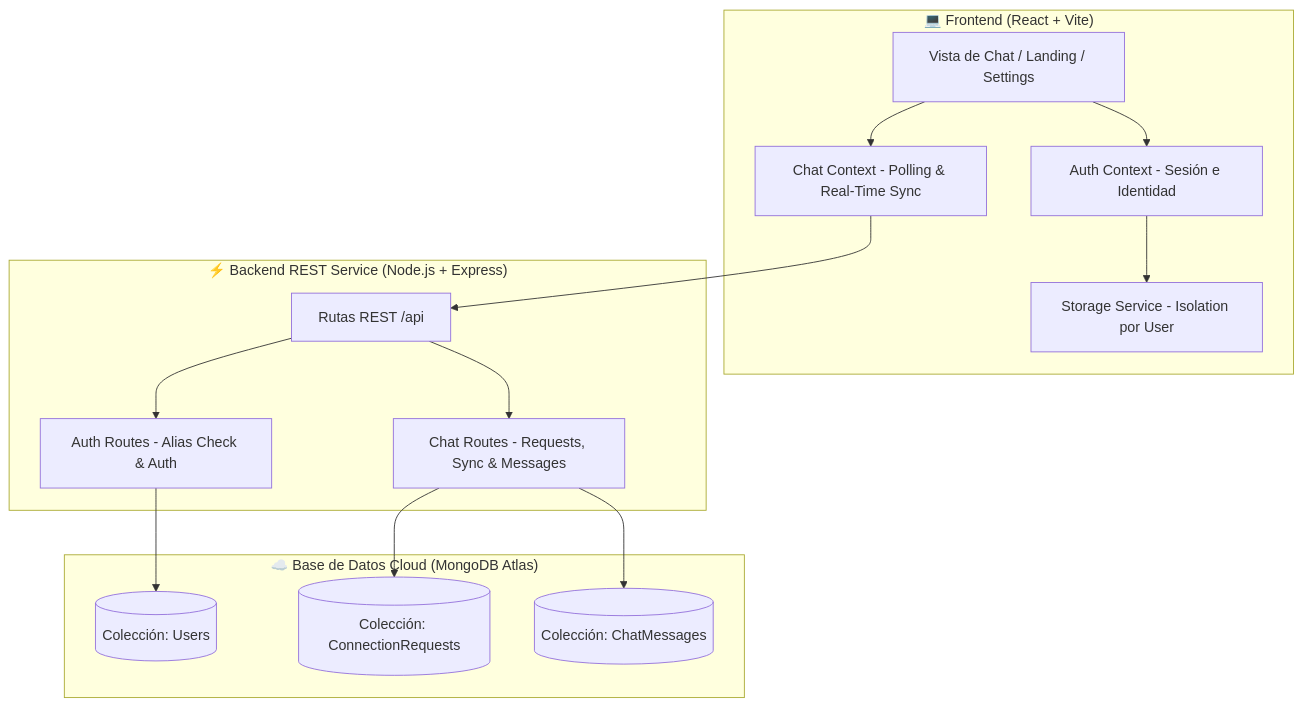
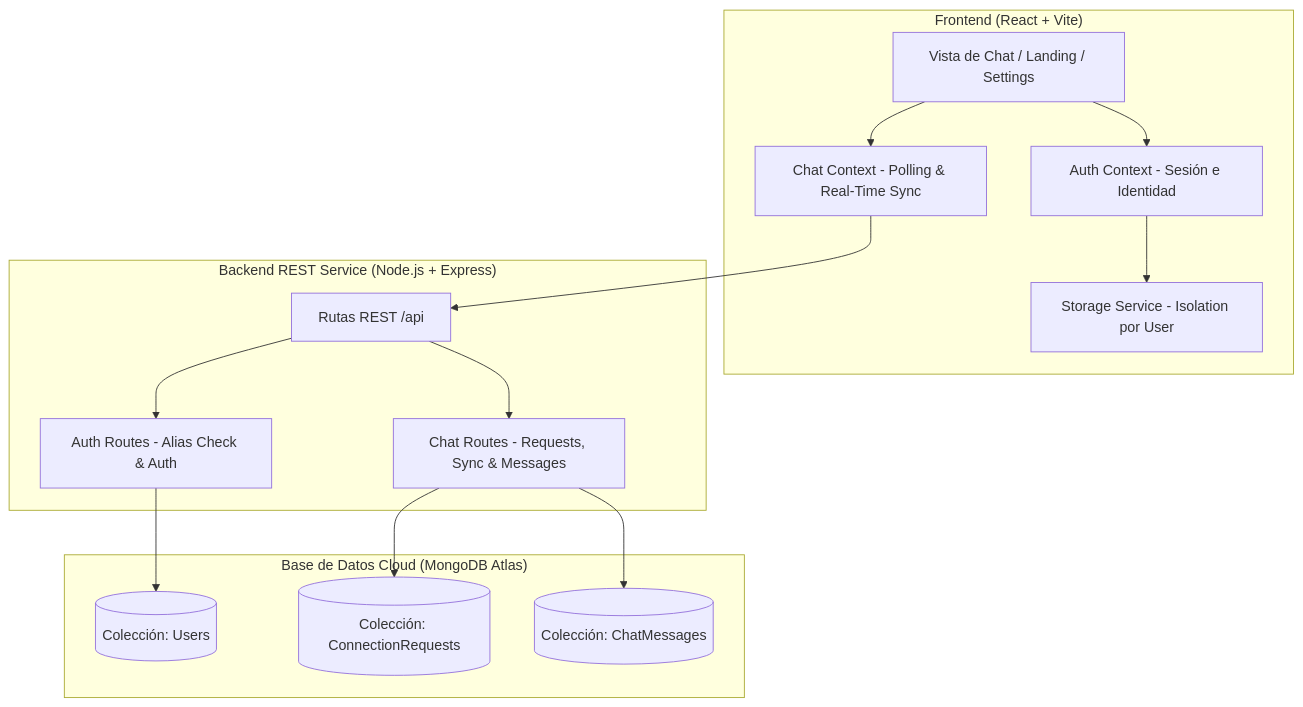
The diagram in README.md (jona943/6.-Proyecto_Final-Master_Frontend), drawn with Mermaid before and after one commit. The commit also changed other lines of this file, not shown here.

````diff
--- a/README.md
+++ b/README.md
@@ -28,31 +28,31 @@
 ```mermaid
 flowchart TD
-    subgraph Frontend["💻 Frontend (React + Vite)"]
+    subgraph Frontend["Frontend (React + Vite)"]
         UI[Vista de Chat / Landing / Settings]
         AuthCtx[Auth Context - Sesión e Identidad]
         ChatCtx[Chat Context - Polling & Real-Time Sync]
         Storage[Storage Service - Isolation por User]
     end
 
-    subgraph Backend["⚡ Backend REST Service (Node.js + Express)"]
+    subgraph Backend["Backend REST Service (Node.js + Express)"]
         API[Rutas REST /api]
         AuthRoutes[Auth Routes - Alias Check & Auth]
         ChatRoutes[Chat Routes - Requests, Sync & Messages]
     end
 
-    subgraph Database["☁️ Base de Datos Cloud (MongoDB Atlas)"]
+    subgraph Database["Base de Datos Cloud (MongoDB Atlas)"]
         UsersCol[(Colección: Users)]
         ReqsCol[(Colección: ConnectionRequests)]
         MsgsCol[(Colección: ChatMessages)]
     end
 
     UI --> AuthCtx
     UI --> ChatCtx
     AuthCtx --> Storage
     ChatCtx --> API
     API --> AuthRoutes
     API --> ChatRoutes
     AuthRoutes --> UsersCol
     ChatRoutes --> ReqsCol
     ChatRoutes --> MsgsCol
 ```
````
